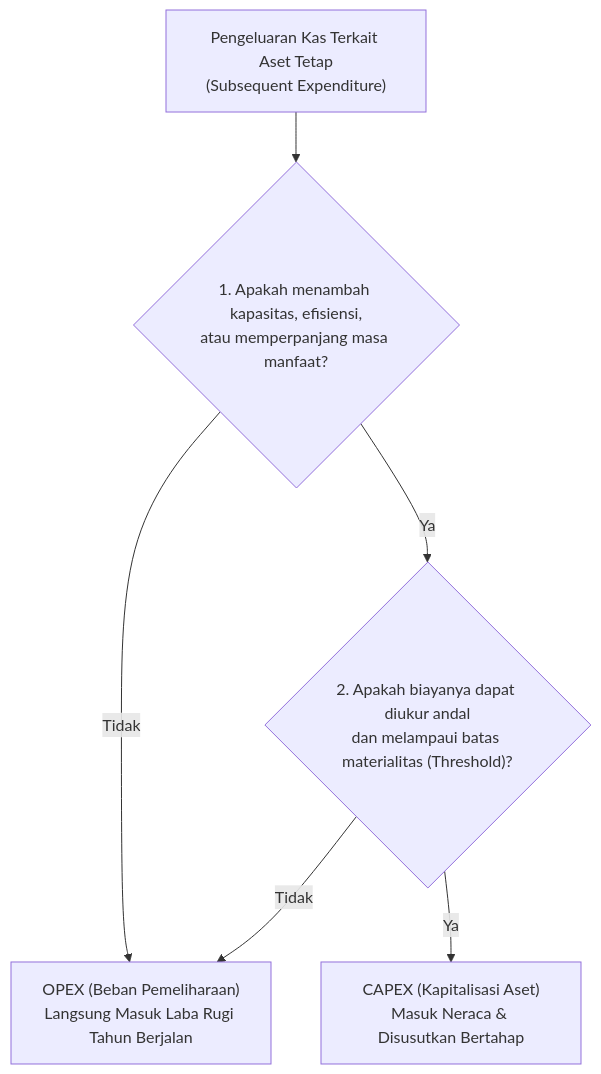
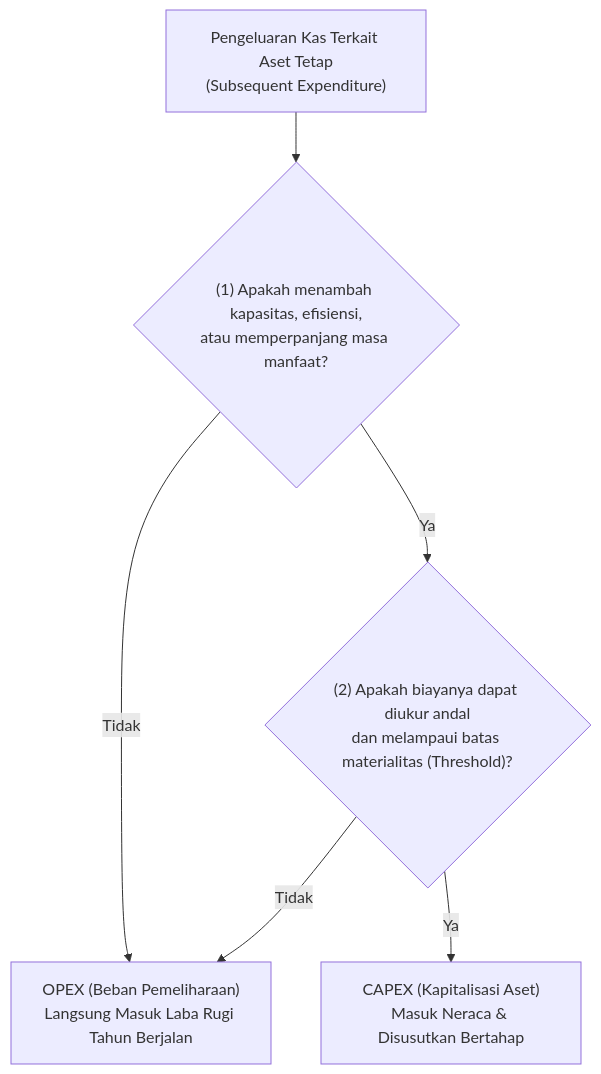
The first of 3 diagrams in content/08-assets/capex-vs-opex.md (alimurrofid/erp-notes), drawn with Mermaid before and after one commit. The commit also changed other lines of this file and 132 other files, not shown here.

````diff
--- a/content/08-assets/capex-vs-opex.md
+++ b/content/08-assets/capex-vs-opex.md
@@ -9,8 +9,8 @@
 ```mermaid
 flowchart TD
-    Cost["Pengeluaran Kas Terkait Aset Tetap<br/>(Subsequent Expenditure)"] --> Q1{"1. Apakah menambah kapasitas, efisiensi,<br/>atau memperpanjang masa manfaat?"}
+    Cost["Pengeluaran Kas Terkait Aset Tetap<br/>(Subsequent Expenditure)"] --> Q1{"(1) Apakah menambah kapasitas, efisiensi,<br/>atau memperpanjang masa manfaat?"}
     Q1 -- Tidak --> OPEX["OPEX (Beban Pemeliharaan)<br/>Langsung Masuk Laba Rugi Tahun Berjalan"]
-    Q1 -- Ya --> Q2{"2. Apakah biayanya dapat diukur andal<br/>dan melampaui batas materialitas (Threshold)?"}
+    Q1 -- Ya --> Q2{"(2) Apakah biayanya dapat diukur andal<br/>dan melampaui batas materialitas (Threshold)?"}
     Q2 -- Tidak --> OPEX
     Q2 -- Ya --> CAPEX["CAPEX (Kapitalisasi Aset)<br/>Masuk Neraca & Disusutkan Bertahap"]
 ```
````
